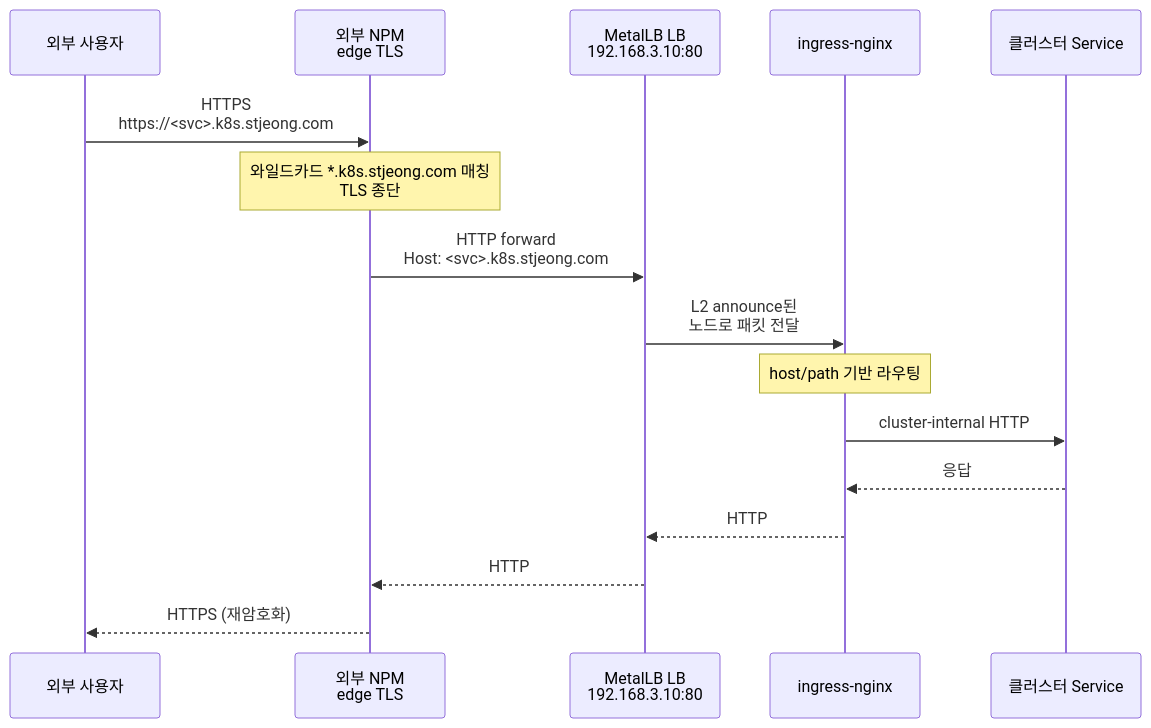
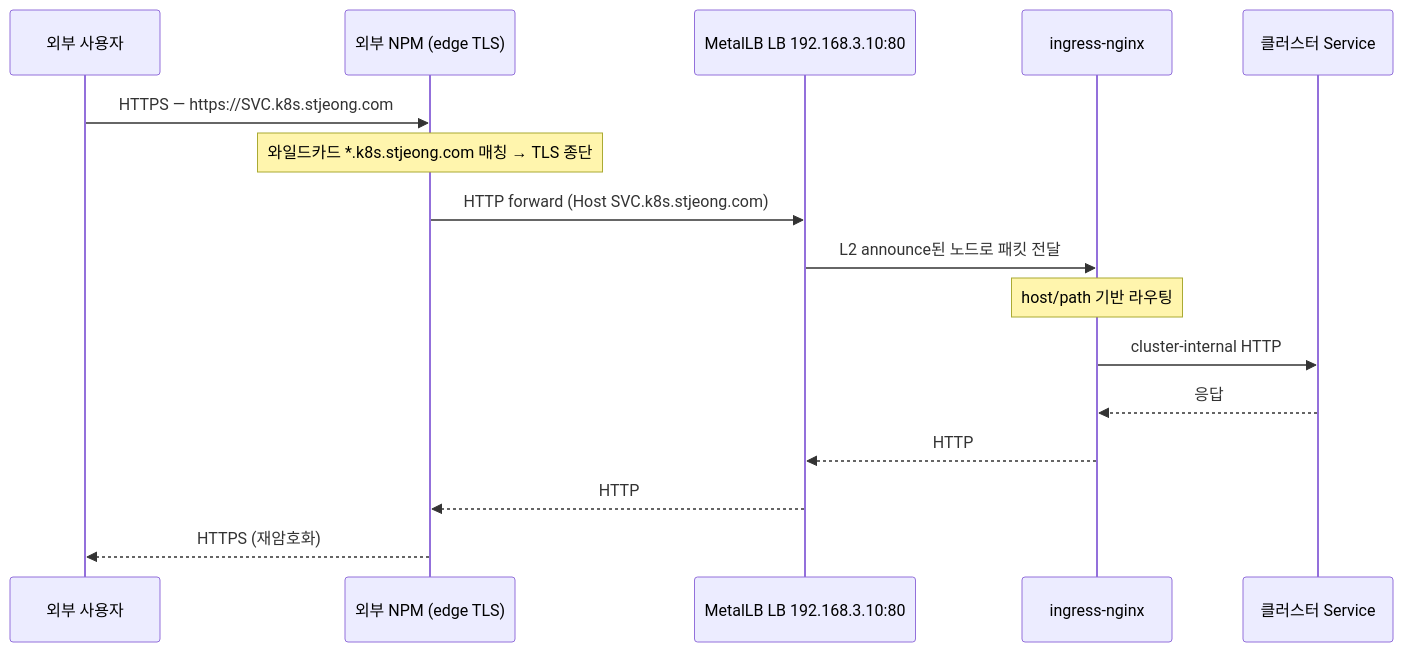
Before and after one commit to nineking424/k8s-ops: the diagram in docs/concepts/external-exposure.md, drawn with Mermaid. The commit also changed 4 other files, not shown here.

First line of the commit message:
docs: fix broken mermaid diagrams on published site

````diff
--- a/docs/concepts/external-exposure.md
+++ b/docs/concepts/external-exposure.md
@@ -13,19 +13,19 @@
 ```mermaid
 sequenceDiagram
     participant U as 외부 사용자
-    participant NPM as 외부 NPM<br/>edge TLS
-    participant LB as MetalLB LB<br/>192.168.3.10:80
+    participant NPM as 외부 NPM (edge TLS)
+    participant LB as MetalLB LB 192.168.3.10:80
     participant ING as ingress-nginx
     participant SVC as 클러스터 Service
 
-    U->>NPM: HTTPS<br/>https://<svc>.k8s.stjeong.com
-    Note over NPM: 와일드카드 *.k8s.stjeong.com 매칭<br/>TLS 종단
-    NPM->>LB: HTTP forward<br/>Host: <svc>.k8s.stjeong.com
-    LB->>ING: L2 announce된<br/>노드로 패킷 전달
+    U->>NPM: HTTPS — https://SVC.k8s.stjeong.com
+    Note over NPM: 와일드카드 *.k8s.stjeong.com 매칭 → TLS 종단
+    NPM->>LB: HTTP forward (Host SVC.k8s.stjeong.com)
+    LB->>ING: L2 announce된 노드로 패킷 전달
     Note over ING: host/path 기반 라우팅
     ING->>SVC: cluster-internal HTTP
     SVC-->>ING: 응답
     ING-->>LB: HTTP
     LB-->>NPM: HTTP
     NPM-->>U: HTTPS (재암호화)
 ```
````
